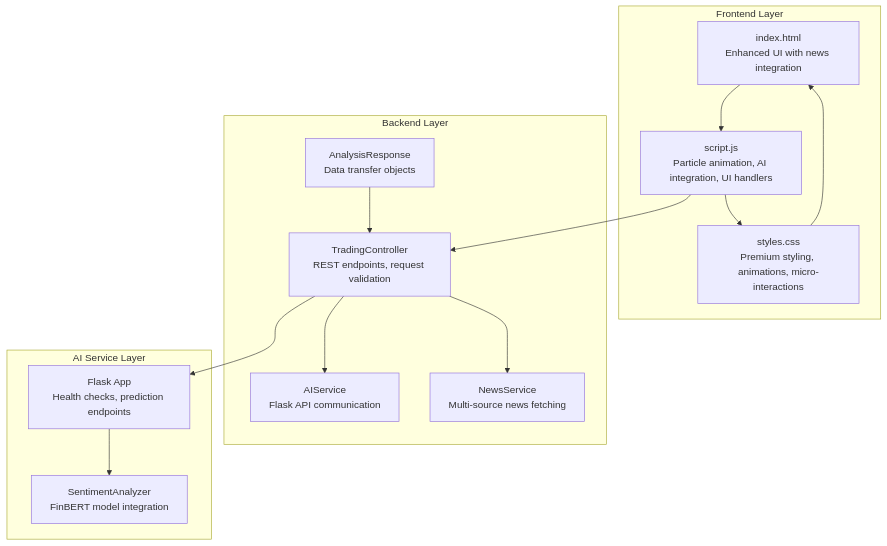
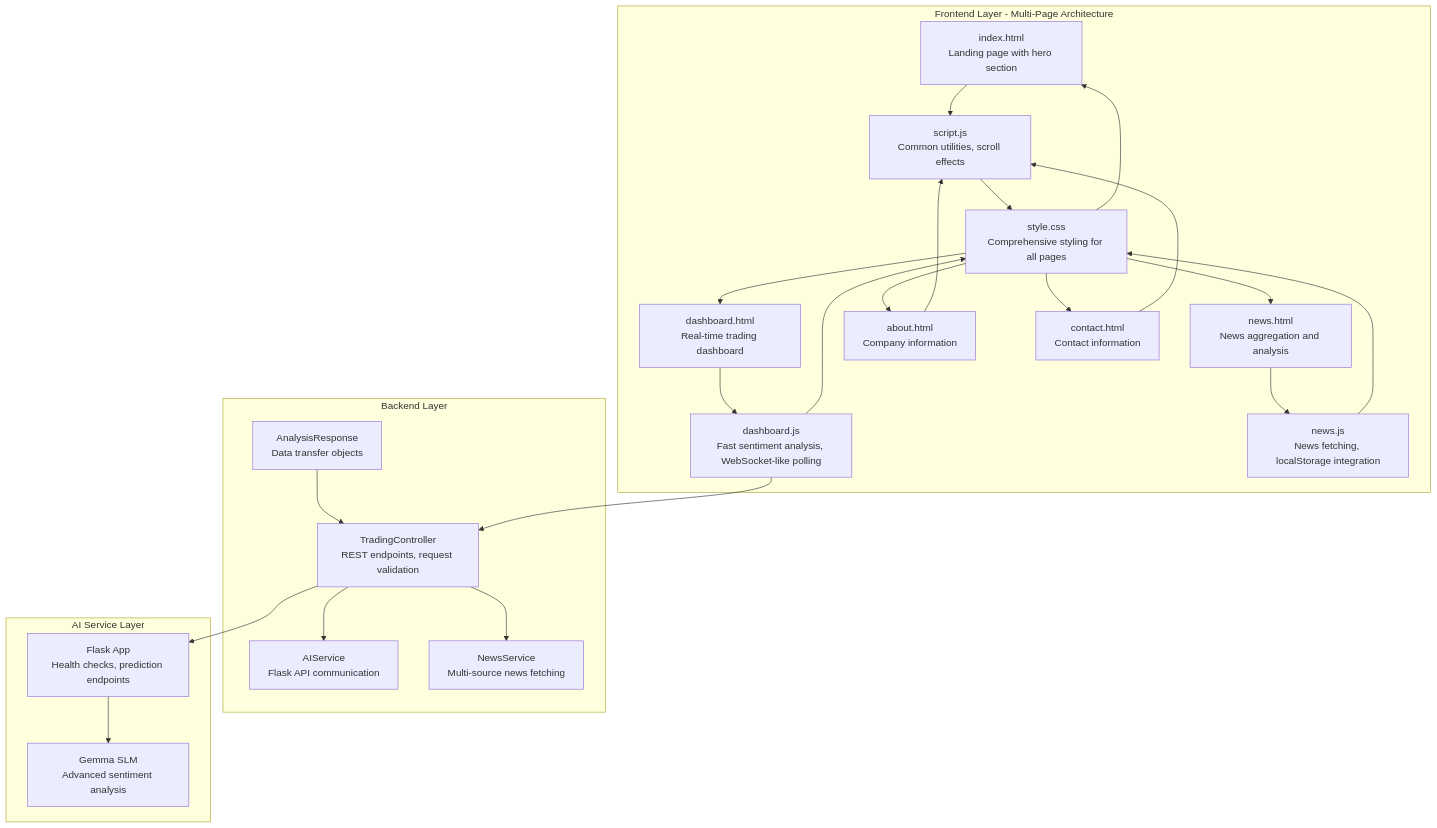
The first of 6 diagrams in .qoder/repowiki/en/content/JavaScript Implementation.md (ayushtiwari1526/TheReinforcers_AyushTiwari), drawn with Mermaid before and after one commit. The commit also changed other lines of this file and 16 other files, not shown here.

First line of the commit message:
feat: Premium UI upgrade with Grow My Trade branding and market page

````diff
--- a/.qoder/repowiki/en/content/JavaScript Implementation.md
+++ b/.qoder/repowiki/en/content/JavaScript Implementation.md
@@ -54,18 +61,28 @@
 ```mermaid
 graph TB
-subgraph "Frontend Layer"
-HTML["index.html<br/>Enhanced UI with news integration"] --> JS["script.js<br/>Particle animation, AI integration, UI handlers"]
-CSS["styles.css<br/>Premium styling, animations, micro-interactions"] --> HTML
-JS --> CSS
+subgraph "Frontend Layer - Multi-Page Architecture"
+Index["index.html<br/>Landing page with hero section"] --> Script["script.js<br/>Common utilities, scroll effects"]
+Dashboard["dashboard.html<br/>Real-time trading dashboard"] --> DashboardJS["dashboard.js<br/>Fast sentiment analysis, WebSocket-like polling"]
+News["news.html<br/>News aggregation and analysis"] --> NewsJS["news.js<br/>News fetching, localStorage integration"]
+About["about.html<br/>Company information"] --> Script
+Contact["contact.html<br/>Contact information"] --> Script
+Style["style.css<br/>Comprehensive styling for all pages"] --> Index
+Style --> Dashboard
+Style --> News
+Style --> About
+Style --> Contact
+Script --> Style
+DashboardJS --> Style
+NewsJS --> Style
 end
 subgraph "Backend Layer"
 Controller["TradingController<br/>REST endpoints, request validation"] --> AIService["AIService<br/>Flask API communication"]
 Controller --> NewsService["NewsService<br/>Multi-source news fetching"]
 Model["AnalysisResponse<br/>Data transfer objects"] --> Controller
 end
 subgraph "AI Service Layer"
-FlaskApp["Flask App<br/>Health checks, prediction endpoints"] --> Analyzer["SentimentAnalyzer<br/>FinBERT model integration"]
+FlaskApp["Flask App<br/>Health checks, prediction endpoints"] --> Analyzer["Gemma SLM<br/>Advanced sentiment analysis"]
 end
-JS --> Controller
+DashboardJS --> Controller
 Controller --> FlaskApp
 ```
````
